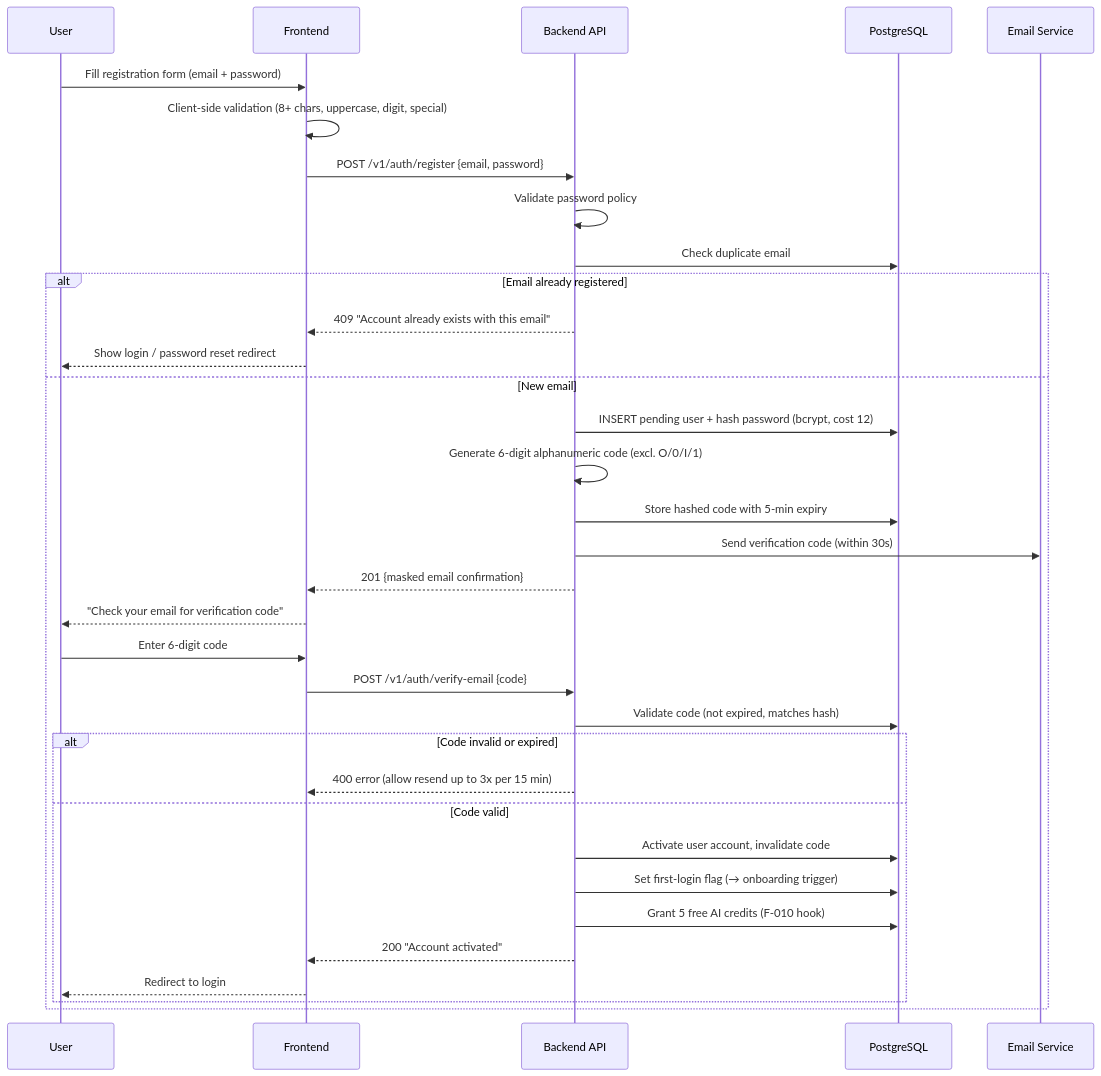
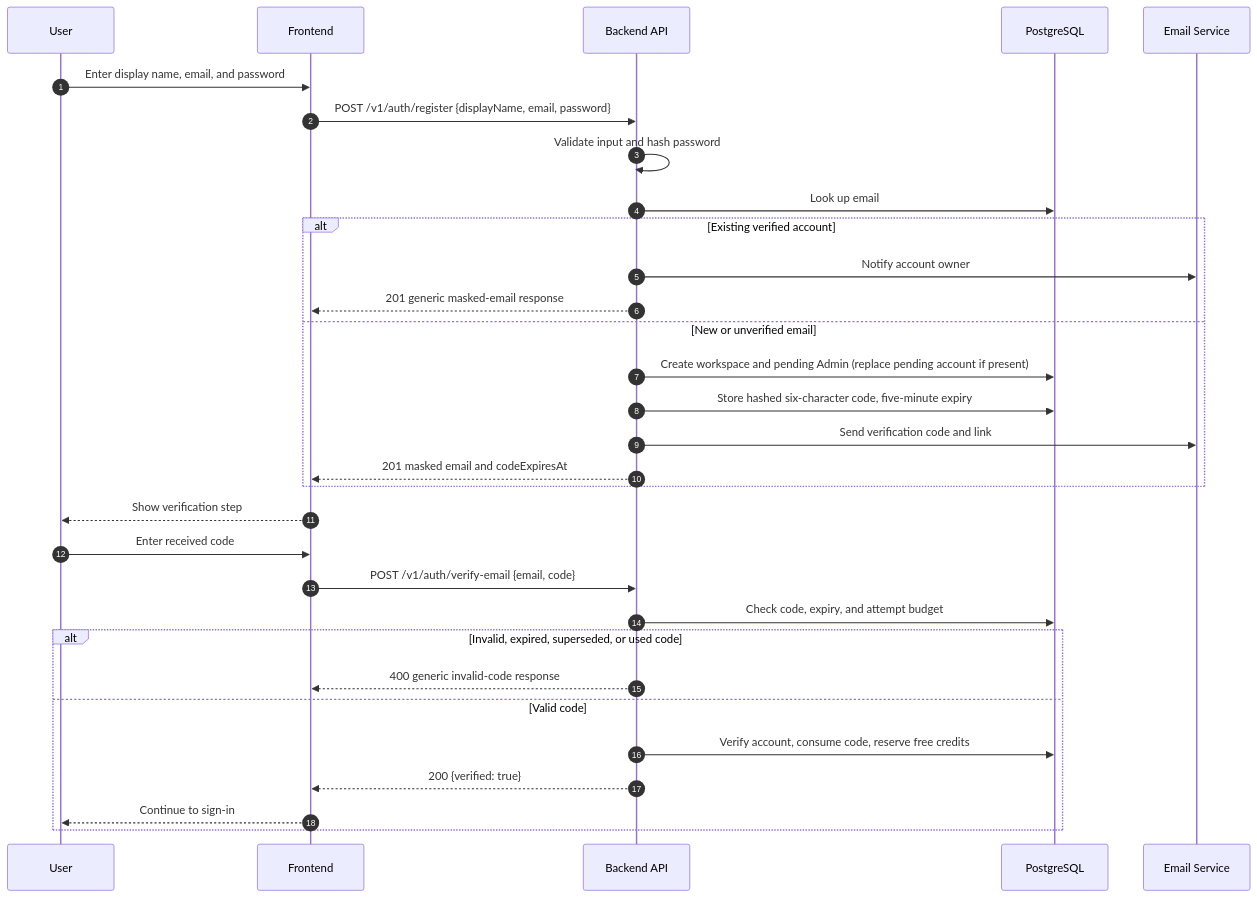
The sixth of 13 diagrams in docs/03-architecture/diagrams/sequence-diagrams.md (alonsovndev/open-projects-hub-docs), drawn with Mermaid before and after one commit. The commit also changed other lines of this file and 63 other files, not shown here.

````diff
--- a/docs/03-architecture/diagrams/sequence-diagrams.md
+++ b/docs/03-architecture/diagrams/sequence-diagrams.md
@@ -143,37 +166,34 @@
 ```mermaid
 sequenceDiagram
+    autonumber
     participant User
     participant FE as Frontend
     participant BE as Backend API
     participant DB as PostgreSQL
     participant Email as Email Service
 
-    User->>FE: Fill registration form (email + password)
-    FE->>FE: Client-side validation (8+ chars, uppercase, digit, special)
-    FE->>BE: POST /v1/auth/register {email, password}
-    BE->>BE: Validate password policy
-    BE->>DB: Check duplicate email
-    alt Email already registered
-        BE-->>FE: 409 "Account already exists with this email"
-        FE-->>User: Show login / password reset redirect
-    else New email
-        BE->>DB: INSERT pending user + hash password (bcrypt, cost 12)
-        BE->>BE: Generate 6-digit alphanumeric code (excl. O/0/I/1)
-        BE->>DB: Store hashed code with 5-min expiry
-        BE->>Email: Send verification code (within 30s)
-        BE-->>FE: 201 {masked email confirmation}
-        FE-->>User: "Check your email for verification code"
-        User->>FE: Enter 6-digit code
-        FE->>BE: POST /v1/auth/verify-email {code}
-        BE->>DB: Validate code (not expired, matches hash)
-        alt Code invalid or expired
-            BE-->>FE: 400 error (allow resend up to 3x per 15 min)
-        else Code valid
-            BE->>DB: Activate user account, invalidate code
-            BE->>DB: Set first-login flag (→ onboarding trigger)
-            BE->>DB: Grant 5 free AI credits (F-010 hook)
-            BE-->>FE: 200 "Account activated"
-            FE-->>User: Redirect to login
-        end
+    User->>FE: Enter display name, email, and password
+    FE->>BE: POST /v1/auth/register {displayName, email, password}
+    BE->>BE: Validate input and hash password
+    BE->>DB: Look up email
+    alt Existing verified account
+        BE->>Email: Notify account owner
+        BE-->>FE: 201 generic masked-email response
+    else New or unverified email
+        BE->>DB: Create workspace and pending Admin (replace pending account if present)
+        BE->>DB: Store hashed six-character code, five-minute expiry
+        BE->>Email: Send verification code and link
+        BE-->>FE: 201 masked email and codeExpiresAt
+    end
+    FE-->>User: Show verification step
+    User->>FE: Enter received code
+    FE->>BE: POST /v1/auth/verify-email {email, code}
+    BE->>DB: Check code, expiry, and attempt budget
+    alt Invalid, expired, superseded, or used code
+        BE-->>FE: 400 generic invalid-code response
+    else Valid code
+        BE->>DB: Verify account, consume code, reserve free credits
+        BE-->>FE: 200 {verified: true}
+        FE-->>User: Continue to sign-in
     end
 ```
````
